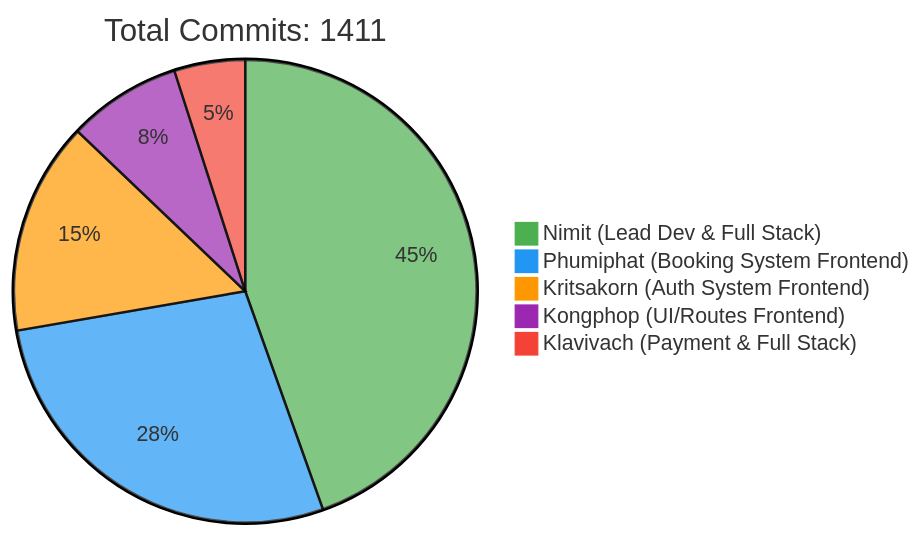
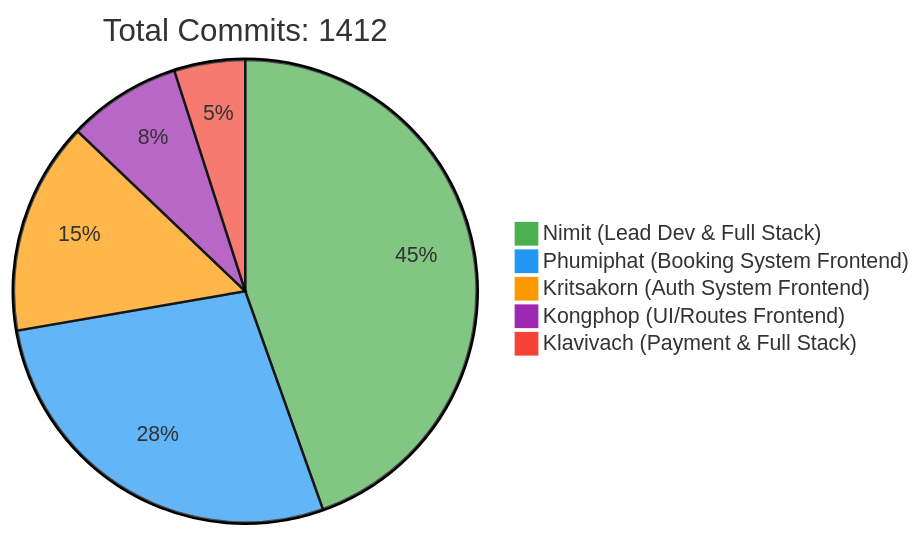
The first of 2 diagrams in README.md (6531503042/Sport-Complex), drawn with Mermaid before and after one commit. The commit also changed other lines of this file, not shown here.

Commit message:
docs: Update contributor statistics [skip ci]

````diff
--- a/README.md
+++ b/README.md
@@ -257,10 +257,10 @@
 ```mermaid
 %%{init: {'theme': 'base', 'themeVariables': { 'pie1': '#4CAF50', 'pie2': '#2196F3', 'pie3': '#FF9800', 'pie4': '#9C27B0', 'pie5': '#F44336'}}}%%
 pie
-    title Total Commits: 1411
+    title Total Commits: 1412
     "Nimit (Lead Dev & Full Stack)" : 450
     "Phumiphat (Booking System Frontend)" : 280
     "Kritsakorn (Auth System Frontend)" : 150
     "Kongphop (UI/Routes Frontend)" : 80
     "Klavivach (Payment & Full Stack)" : 50
 ```
````
